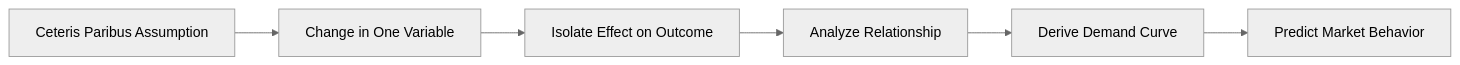
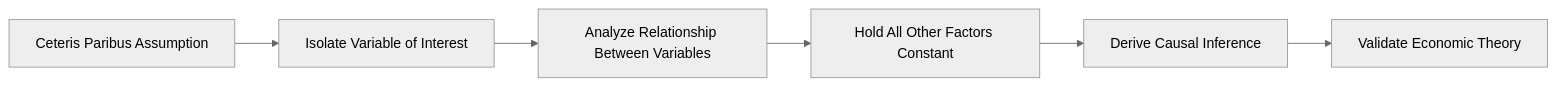
The diagram in Obsidian_Vault/2-Academic/Winter 2026/Economics/2_Theory_Of_Demand_And_Supply/Ceteris_Paribus.md (DagimAlemayehuu/Ater), drawn with Mermaid (neutral theme) before and after one commit. The commit also changed other lines of this file and 39 other files, not shown here.

````diff
--- a/Obsidian_Vault/2-Academic/Winter 2026/Economics/2_Theory_Of_Demand_And_Supply/Ceteris_Paribus.md
+++ b/Obsidian_Vault/2-Academic/Winter 2026/Economics/2_Theory_Of_Demand_And_Supply/Ceteris_Paribus.md
@@ -36,10 +39,10 @@
 ```mermaid
 
 graph LR
-    A[Ceteris Paribus Assumption] --> B[Change in One Variable]
-    B --> C[Isolate Effect on Outcome]
-    C --> D[Analyze Relationship]
-    D --> E[Derive Demand Curve]
-    E --> F[Predict Market Behavior]
+    A[Ceteris Paribus Assumption] --> B[Isolate Variable of Interest]
+    B --> C[Analyze Relationship Between Variables]
+    C --> D[Hold All Other Factors Constant]
+    D --> E[Derive Causal Inference]
+    E --> F[Validate Economic Theory]
 
 ```
````
